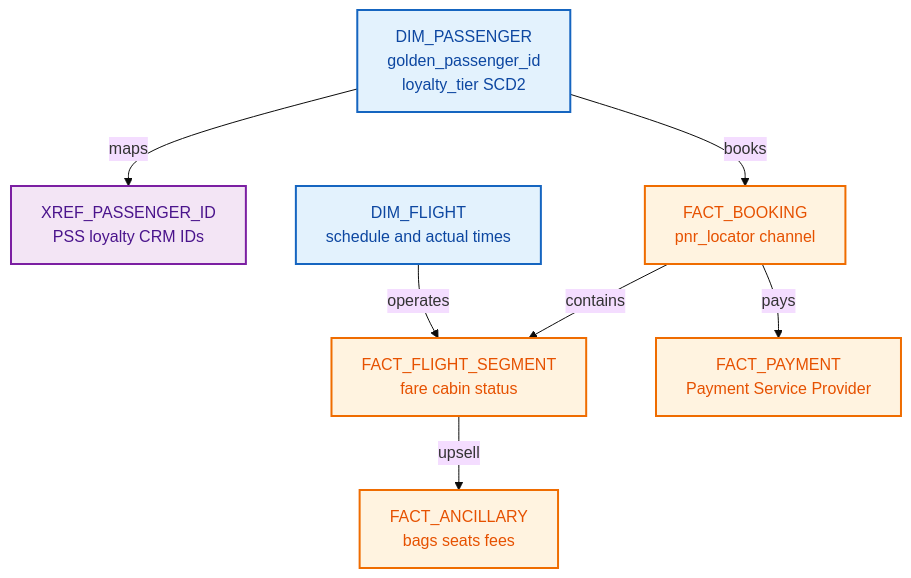
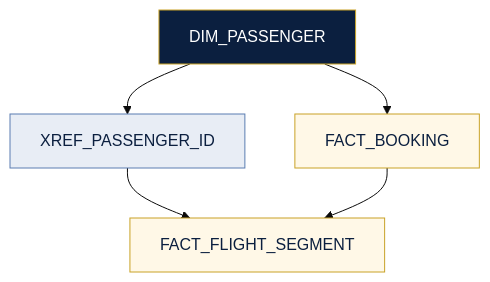
The second of 2 diagrams in docs/03-to-be-architecture.md (willtran112358/airline-domain-data-platform), drawn with Mermaid (base theme) before and after one commit. The commit also changed other lines of this file and 17 other files, not shown here.

````diff
--- a/docs/03-to-be-architecture.md
+++ b/docs/03-to-be-architecture.md
@@ -106,21 +51,13 @@
 ```mermaid
 flowchart TB
-    classDef dim fill:#e3f2fd,stroke:#1565c0,stroke-width:2px,color:#0d47a1
-    classDef fact fill:#fff3e0,stroke:#ef6c00,stroke-width:2px,color:#e65100
-    classDef xref fill:#f3e5f5,stroke:#7b1fa2,stroke-width:2px,color:#4a148c
+    classDef dim fill:#0B1F3F,stroke:#C9A227,color:#fff
+    classDef fact fill:#FFF8E7,stroke:#C9A227,color:#0B1F3F
+    classDef xref fill:#E8EDF5,stroke:#5B7DB1,color:#0B1F3F
 
-    DP["DIM_PASSENGER<br/>golden_passenger_id<br/>loyalty_tier SCD2"]:::dim
-    XR["XREF_PASSENGER_ID<br/>PSS loyalty CRM IDs"]:::xref
-    DF["DIM_FLIGHT<br/>schedule and actual times"]:::dim
-    FB["FACT_BOOKING<br/>pnr_locator channel"]:::fact
-    FS["FACT_FLIGHT_SEGMENT<br/>fare cabin status"]:::fact
-    FA["FACT_ANCILLARY<br/>bags seats fees"]:::fact
-    FP["FACT_PAYMENT<br/>Payment Service Provider"]:::fact
+    DP["DIM_PASSENGER"]:::dim
+    XR["XREF_PASSENGER_ID"]:::xref
+    FB["FACT_BOOKING"]:::fact
+    FS["FACT_FLIGHT_SEGMENT"]:::fact
 
-    DP -->|"maps"| XR
-    DP -->|"books"| FB
-    FB -->|"contains"| FS
-    DF -->|"operates"| FS
-    FS -->|"upsell"| FA
-    FB -->|"pays"| FP
+    DP --> XR & FB --> FS
 ```
````
